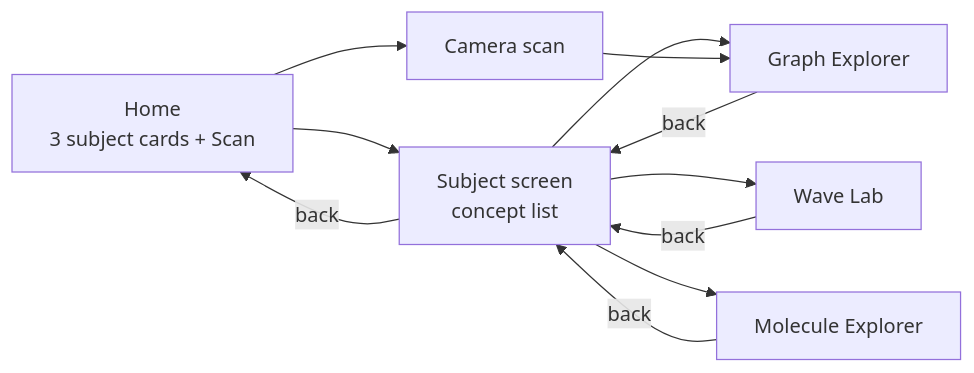
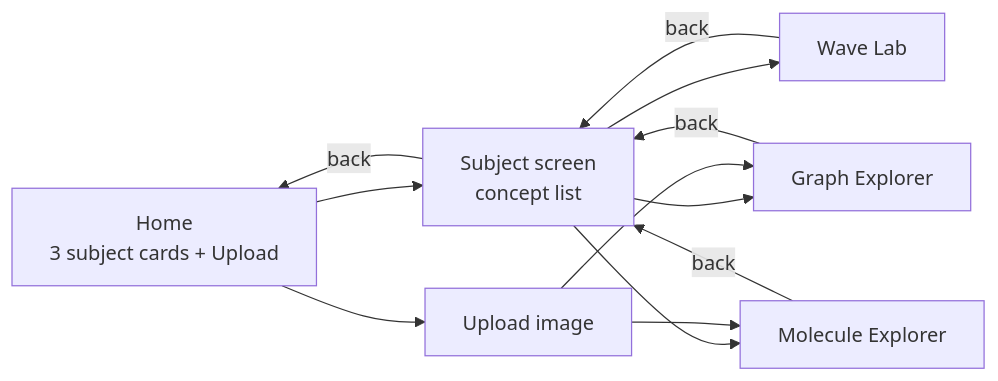
The fifth of 6 diagrams in README.md (SHYAMSUNDAR2396/DrishtiSTEM), drawn with Mermaid before and after one commit. The commit also changed other lines of this file and 8 other files, not shown here.

First line of the commit message:
Replace camera capture with photo-picker image upload

````diff
--- a/README.md
+++ b/README.md
@@ -137,10 +137,11 @@
 ```mermaid
 flowchart LR
-    HOME[Home<br/>3 subject cards + Scan] --> SUB[Subject screen<br/>concept list]
-    HOME --> CAM[Camera scan]
+    HOME[Home<br/>3 subject cards + Upload] --> SUB[Subject screen<br/>concept list]
+    HOME --> UP[Upload image]
     SUB --> G[Graph Explorer]
     SUB --> W[Wave Lab]
     SUB --> M[Molecule Explorer]
-    CAM --> G
+    UP --> G
+    UP --> M
     G & W & M -- back --> SUB -- back --> HOME
 ```
````
